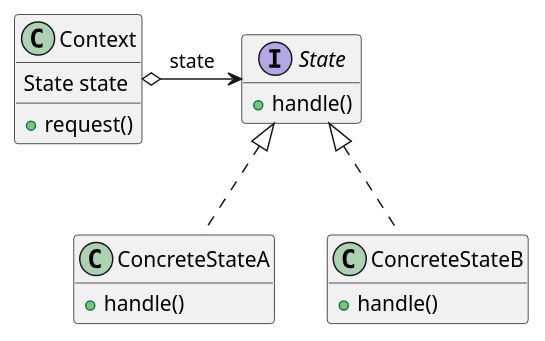
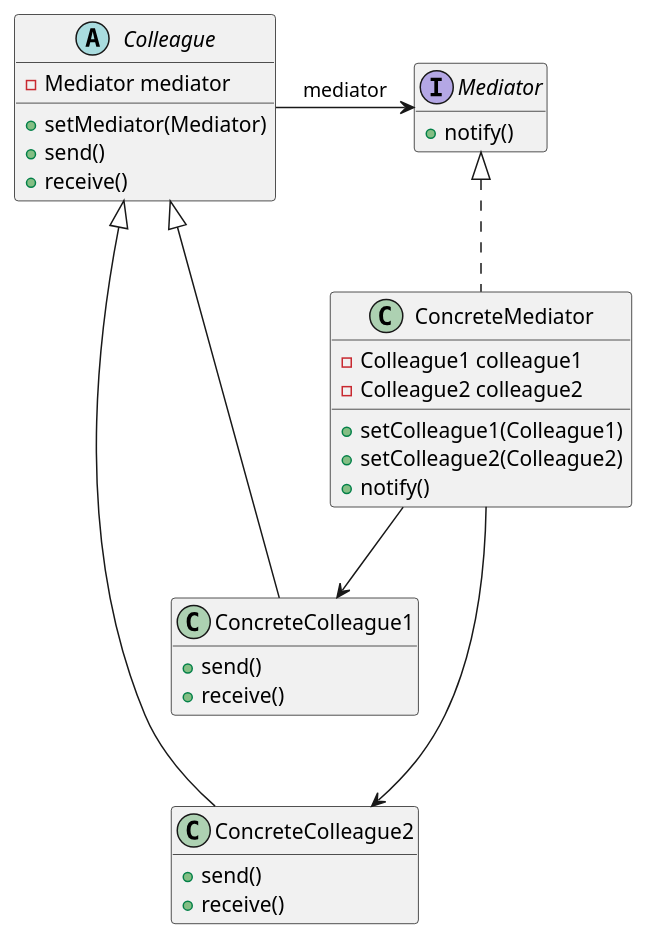
Before and after one commit to 20231-ifba-saj-ads-ppr/blog-material-aula: the tenth of 13 diagrams in posts/framework/GabrielCoffee9.md, drawn with PlantUML. The commit also changed other lines of this file, not shown here.

````diff
--- a/posts/framework/GabrielCoffee9.md
+++ b/posts/framework/GabrielCoffee9.md
@@ -300,29 +1144,42 @@
 ```plantuml
 @startuml
-class Context {
-  State state
-  +request()
+interface Mediator {
+    + notify()
 }
 
-interface State {
-  +handle()
+class ConcreteMediator implements Mediator {
+    - Colleague1 colleague1 
+    - Colleague2 colleague2 
+
+    + setColleague1(Colleague1)
+    + setColleague2(Colleague2)
+    + notify()
+} 
+ 
+abstract class Colleague {
+    - Mediator mediator 
+    + setMediator(Mediator)
+    + send()
+    + receive()
 }
 
-class ConcreteStateA {
-  +handle()
+class ConcreteColleague1 extends Colleague {
+    + send()
+    + receive()
 }
 
-class ConcreteStateB {
-  +handle()
+class ConcreteColleague2 extends Colleague {
+    + send()
+    + receive()
 }
 
-Context  o-> State:state
 
-
-State <|.. ConcreteStateA
-State <|.. ConcreteStateB
+Colleague -> Mediator:mediator
+ConcreteMediator --> ConcreteColleague1
+ConcreteMediator ---> ConcreteColleague2
 
 hide empty attributes
 hide empty methods
 @enduml
+
 ```
````
